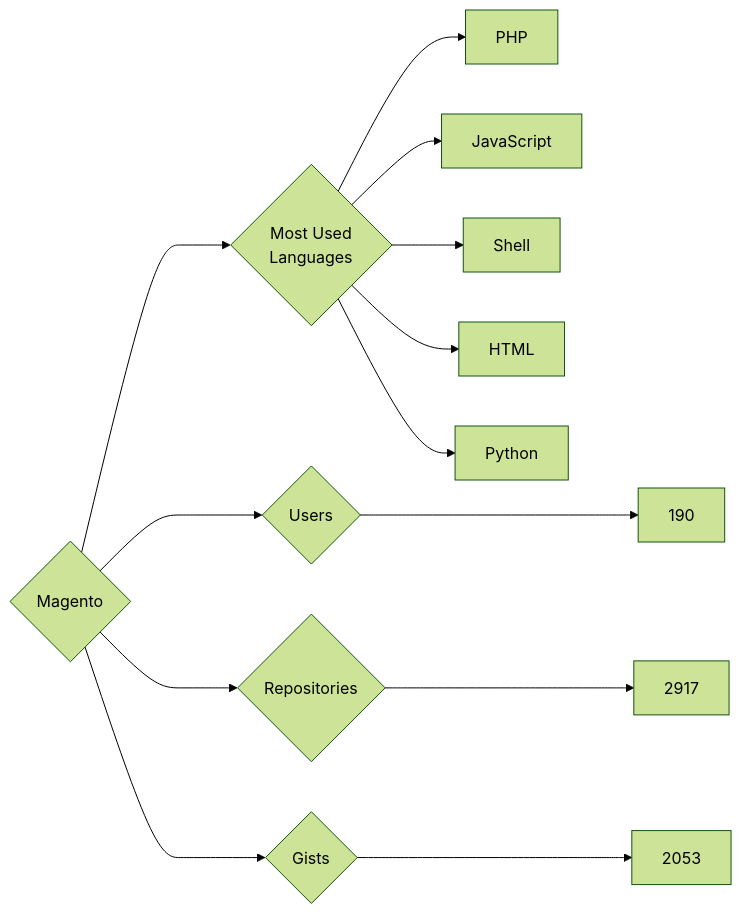
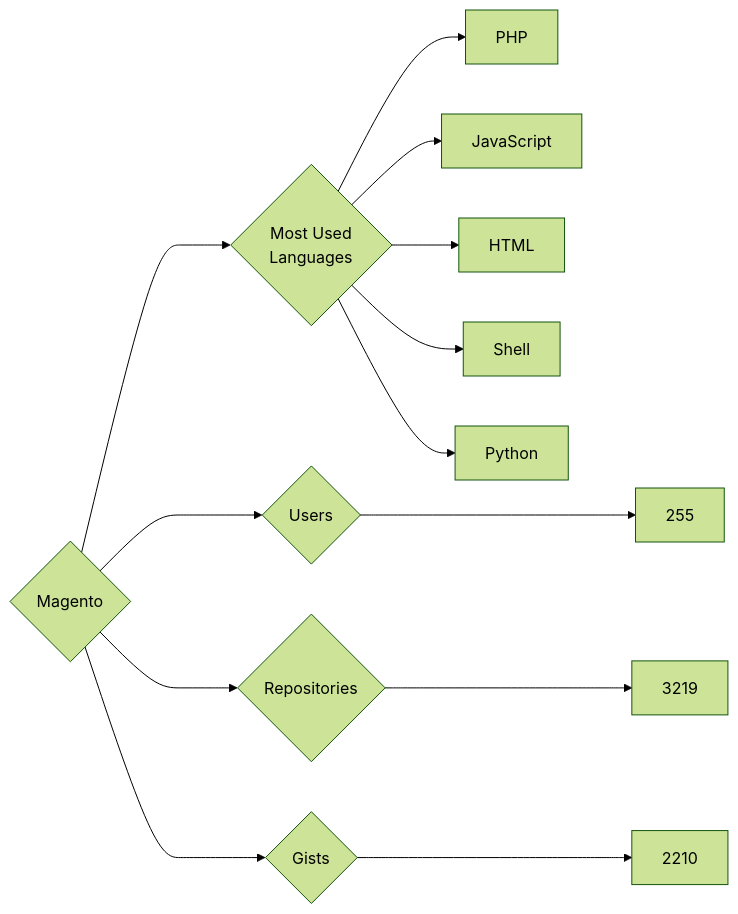
One commit to trickest/insiders changed the diagram in targets/Magento/README.md. Above: the diagram before and after it, drawn with Mermaid (forest theme). The commit also changed 871 other files, not shown here.

````diff
--- a/targets/Magento/README.md
+++ b/targets/Magento/README.md
@@ -3,13 +3,13 @@
 ```mermaid
 graph LR
 COMPANY_NAME{Magento}
-COMPANY_NAME ---> U{Users} ---> UN[190]
-COMPANY_NAME ---> R{Repositories} ---> RN[2917]
-COMPANY_NAME ---> G{Gists} ---> GN[2053]
+COMPANY_NAME ---> U{Users} ---> UN[255]
+COMPANY_NAME ---> R{Repositories} ---> RN[3219]
+COMPANY_NAME ---> G{Gists} ---> GN[2210]
 COMPANY_NAME ---> ML{Most Used<br>Languages}
 ML --> PHP[PHP]
 ML --> JavaScript[JavaScript]
+ML --> HTML[HTML]
 ML --> Shell[Shell]
-ML --> HTML[HTML]
 ML --> Python[Python]
 ```
````
